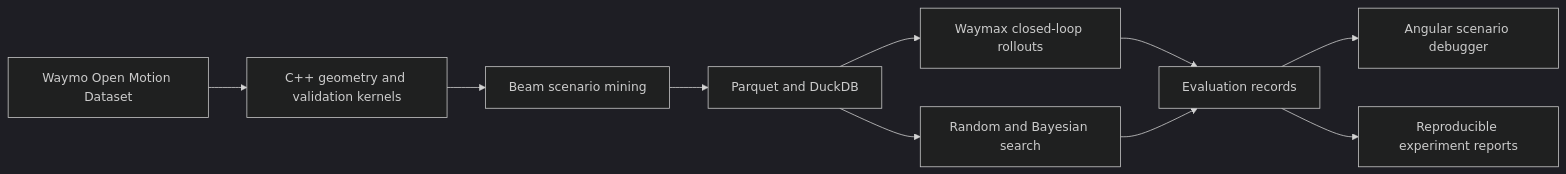
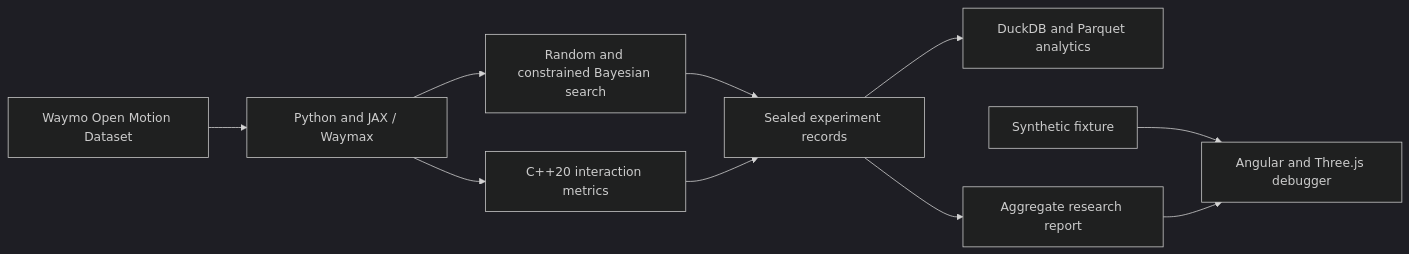
The diagram in README.md (ethanvillalovoz/planmargin), drawn with Mermaid (dark theme) before and after one commit. The commit also changed other lines of this file and 7 other files, not shown here.

````diff
--- a/README.md
+++ b/README.md
@@ -60,12 +78,12 @@
 ```mermaid
 flowchart LR
-    A["Waymo Open Motion Dataset"] --> B["C++ geometry and validation kernels"]
-    B --> C["Beam scenario mining"]
-    C --> D["Parquet and DuckDB"]
-    D --> E["Waymax closed-loop rollouts"]
-    D --> F["Random and Bayesian search"]
-    E --> G["Evaluation records"]
-    F --> G
-    G --> H["Angular scenario debugger"]
-    G --> I["Reproducible experiment reports"]
+    A["Waymo Open Motion Dataset"] --> B["Python and JAX / Waymax"]
+    B --> C["Random and constrained Bayesian search"]
+    B --> D["C++20 interaction metrics"]
+    C --> E["Sealed experiment records"]
+    D --> E
+    E --> F["DuckDB and Parquet analytics"]
+    E --> G["Aggregate research report"]
+    H["Synthetic fixture"] --> I["Angular and Three.js debugger"]
+    G --> I
 ```
````
